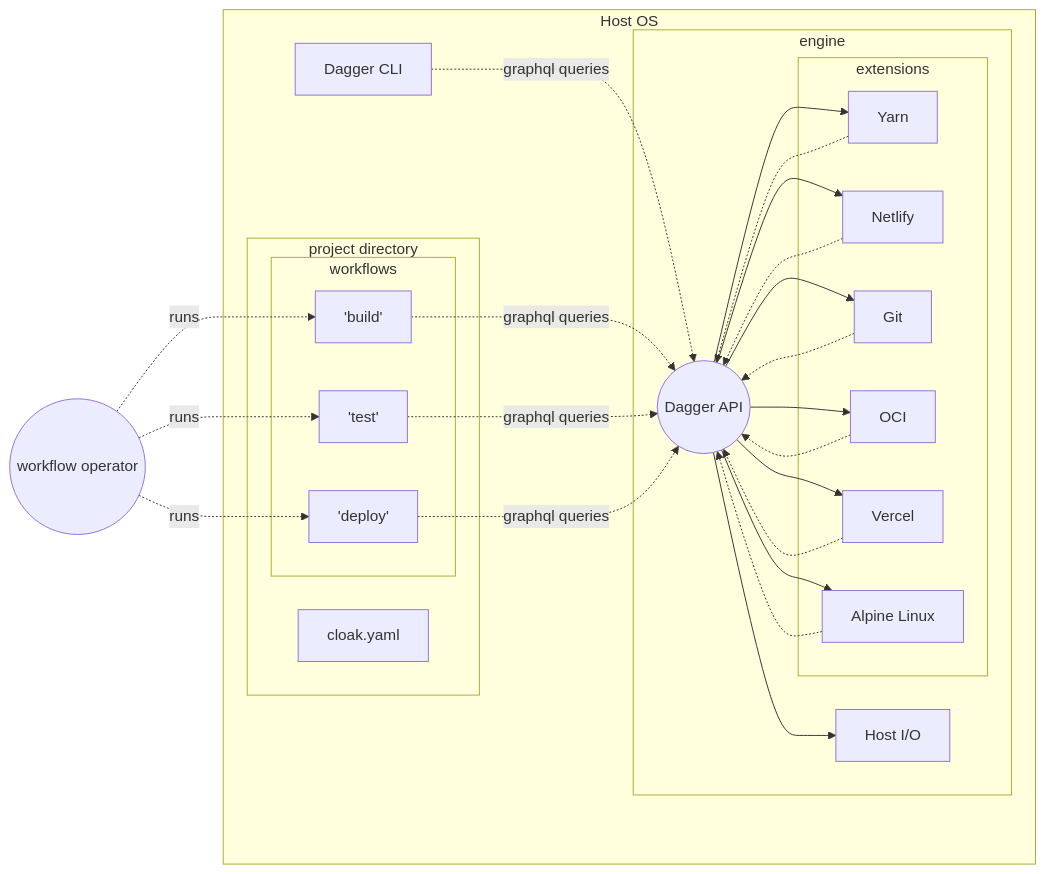
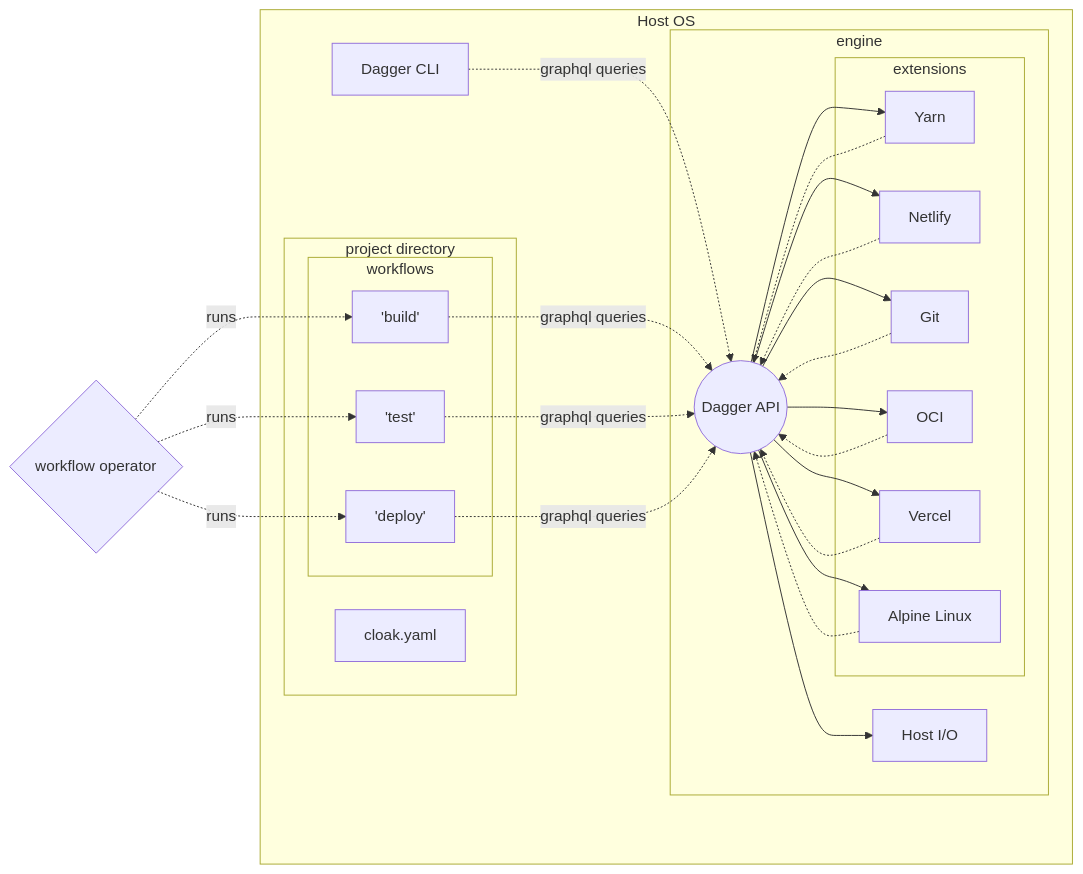
The second of 3 diagrams in docs/unxpq-introduction.mdx (dagger/dagger), drawn with Mermaid before and after one commit. The commit also changed other lines of this file, not shown here.

First line of the commit message:
docs: simplify introduction diagrams

````diff
--- a/docs/unxpq-introduction.mdx
+++ b/docs/unxpq-introduction.mdx
@@ -96,36 +95,36 @@
 ```mermaid
 graph LR;
 
-operator((workflow operator)) -. runs .-> workflow1 & workflow2 & workflow3
+operator{workflow operator} -. runs .-> workflow1 & workflow2 & workflow3
 subgraph "Host OS"
     subgraph "project directory"
         projectFile[cloak.yaml]
         subgraph workflows
             workflow1["'build'"]
             workflow2["'test'"]
             workflow3["'deploy'"]
         end
     end
     cli[Dagger CLI]
 
 
       cli & workflow1 & workflow2 & workflow3 -. graphql queries .-> api
 
 
     api --> io
     subgraph engine
     io[Host I/O]
     api((Dagger API)) --> yarn & netlify & git & oci & vercel & alpine
-    
+
     yarn & netlify & git & oci & vercel & alpine -.-> api
         subgraph extensions
                 yarn[Yarn]
                 netlify[Netlify]
                 git[Git]
                 oci[OCI]
                 vercel[Vercel]
                 alpine[Alpine Linux]
         end
     end
 end
 ```
````
